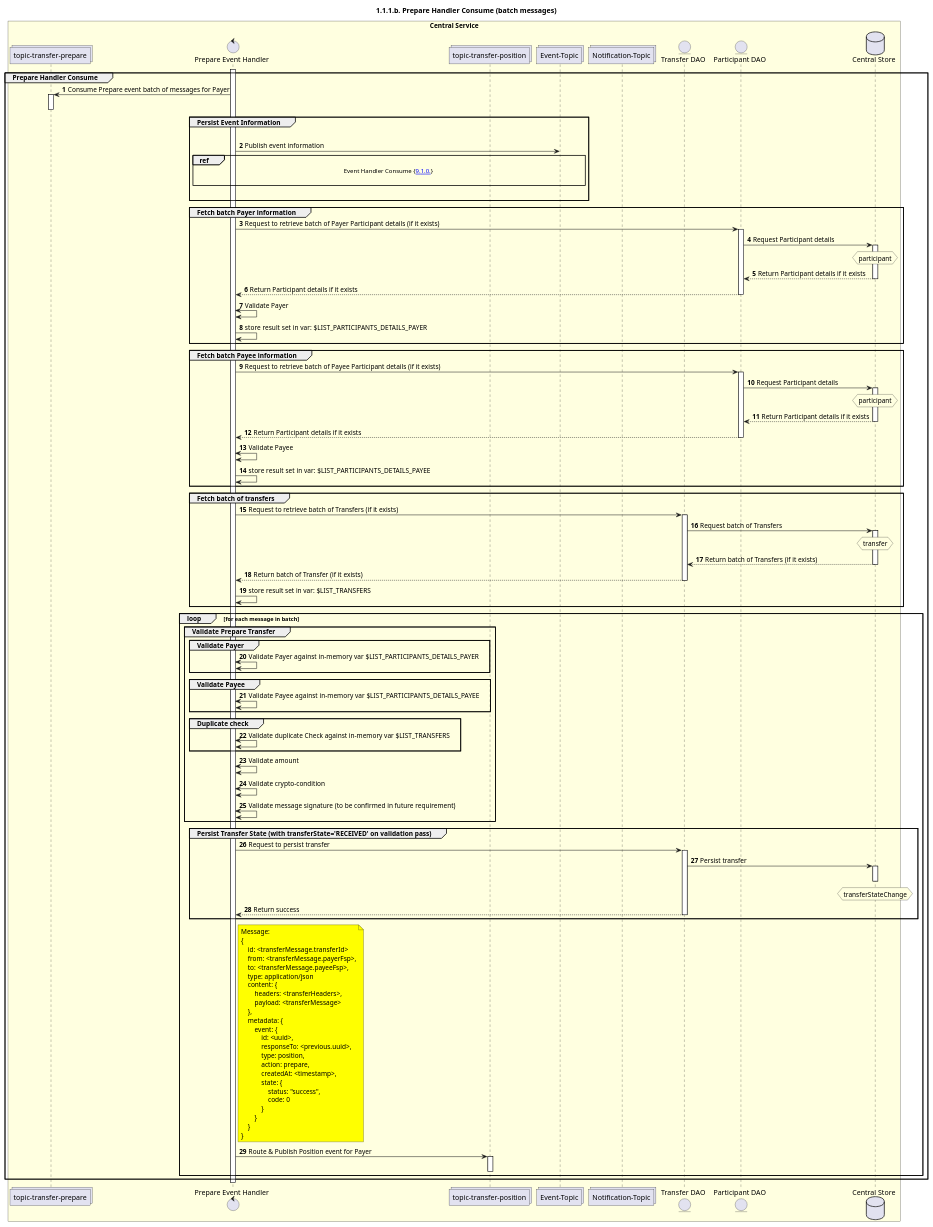
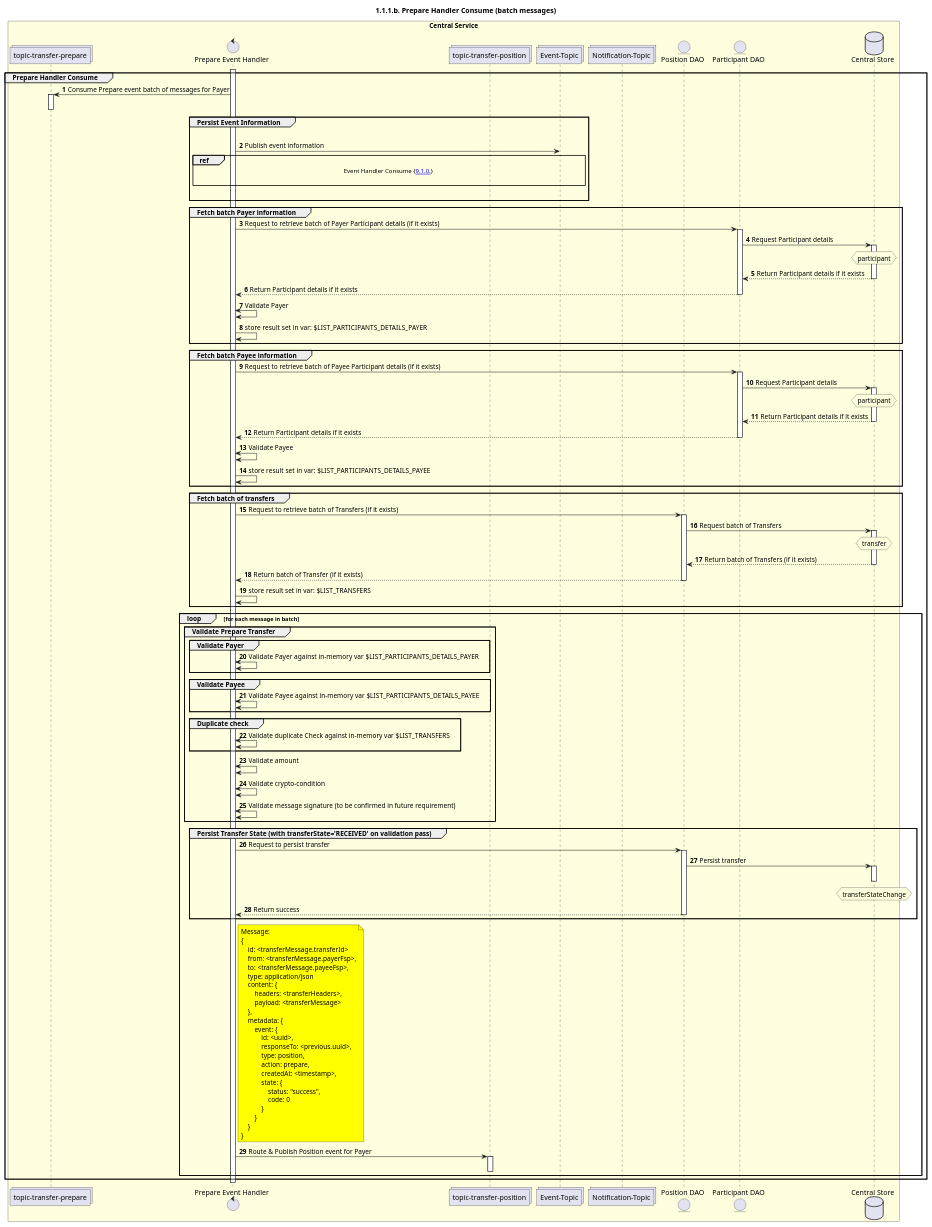
Before and after one commit to ggrg/docs: the diagram in Diagrams/SequenceDiagrams/seq-prepare-1.1.1.b.plantuml, drawn with PlantUML. The commit also changed 91 other files, not shown here.

```diff
--- a/Diagrams/SequenceDiagrams/seq-prepare-1.1.1.b.plantuml
+++ b/Diagrams/SequenceDiagrams/seq-prepare-1.1.1.b.plantuml
@@ -26,157 +26,157 @@
 @startuml
 ' declate title
 title 1.1.1.b. Prepare Handler Consume (batch messages)
 
 autonumber
 
 ' Actor Keys:
 '   boundary - APIs/Interfaces, etc
 '   collections - Kafka Topics
 '   control - Kafka Consumers
 '   entity - Database Access Objects
 '   database - Database Persistance Store
 
 ' declare actors
 collections "topic-transfer-prepare" as TOPIC_TRANSFER_PREPARE
 control "Prepare Event Handler" as PREP_HANDLER
 collections "topic-transfer-position" as TOPIC_TRANSFER_POSITION
 collections "Event-Topic" as TOPIC_EVENTS
 collections "Notification-Topic" as TOPIC_NOTIFICATIONS
-entity "Transfer DAO" as TRANS_DAO
+entity "Position DAO" as POS_DAO
 entity "Participant DAO" as PARTICIPANT_DAO
 database "Central Store" as DB
 
 box "Central Service" #LightYellow
     participant TOPIC_TRANSFER_PREPARE
     participant PREP_HANDLER
     participant TOPIC_TRANSFER_POSITION
     participant TOPIC_EVENTS
     participant TOPIC_NOTIFICATIONS
-    participant TRANS_DAO
+    participant POS_DAO
     participant PARTICIPANT_DAO
     participant DB
 end box
 
 ' start flow
 activate PREP_HANDLER
 group Prepare Handler Consume
     TOPIC_TRANSFER_PREPARE <- PREP_HANDLER: Consume Prepare event batch of messages for Payer
     activate TOPIC_TRANSFER_PREPARE
     deactivate TOPIC_TRANSFER_PREPARE
     group Persist Event Information
         |||
         PREP_HANDLER -> TOPIC_EVENTS: Publish event information
         ref over PREP_HANDLER, TOPIC_EVENTS :  Event Handler Consume {[[https://github.com/mojaloop/docs/blob/master/CentralServices/seq_diagrams/seq-event-9.1.0.svg 9.1.0.]]} \n
         |||
     end
 
     group Fetch batch Payer information
         PREP_HANDLER -> PARTICIPANT_DAO: Request to retrieve batch of Payer Participant details (if it exists)
         activate PARTICIPANT_DAO
         PARTICIPANT_DAO -> DB: Request Participant details
         hnote over DB #lightyellow
             participant
         end note
         activate DB
         PARTICIPANT_DAO <-- DB: Return Participant details if it exists
         deactivate DB
         PARTICIPANT_DAO --> PREP_HANDLER: Return Participant details if it exists
         deactivate PARTICIPANT_DAO
         PREP_HANDLER <-> PREP_HANDLER: Validate Payer
         PREP_HANDLER -> PREP_HANDLER: store result set in var: $LIST_PARTICIPANTS_DETAILS_PAYER
     end
 
     group Fetch batch Payee information
         PREP_HANDLER -> PARTICIPANT_DAO: Request to retrieve batch of Payee Participant details (if it exists)
         activate PARTICIPANT_DAO
         PARTICIPANT_DAO -> DB: Request Participant details
         hnote over DB #lightyellow
             participant
         end note
         activate DB
         PARTICIPANT_DAO <-- DB: Return Participant details if it exists
         deactivate DB
         PARTICIPANT_DAO --> PREP_HANDLER: Return Participant details if it exists
         deactivate PARTICIPANT_DAO
         PREP_HANDLER <-> PREP_HANDLER: Validate Payee
         PREP_HANDLER -> PREP_HANDLER: store result set in var: $LIST_PARTICIPANTS_DETAILS_PAYEE
     end
 
     group Fetch batch of transfers
-        PREP_HANDLER -> TRANS_DAO: Request to retrieve batch of Transfers (if it exists)
-        activate TRANS_DAO
-        TRANS_DAO -> DB: Request batch of Transfers
+        PREP_HANDLER -> POS_DAO: Request to retrieve batch of Transfers (if it exists)
+        activate POS_DAO
+        POS_DAO -> DB: Request batch of Transfers
         hnote over DB #lightyellow
             transfer
         end note
         activate DB
-        TRANS_DAO <-- DB: Return batch of Transfers (if it exists)
+        POS_DAO <-- DB: Return batch of Transfers (if it exists)
         deactivate DB
-        TRANS_DAO --> PREP_HANDLER: Return batch of Transfer (if it exists)
-        deactivate TRANS_DAO
+        POS_DAO --> PREP_HANDLER: Return batch of Transfer (if it exists)
+        deactivate POS_DAO
         PREP_HANDLER -> PREP_HANDLER: store result set in var: $LIST_TRANSFERS
     end
 
     loop for each message in batch
 
         group Validate Prepare Transfer
             group Validate Payer
                 PREP_HANDLER <-> PREP_HANDLER: Validate Payer against in-memory var $LIST_PARTICIPANTS_DETAILS_PAYER
             end
             group Validate Payee
                 PREP_HANDLER <-> PREP_HANDLER: Validate Payee against in-memory var $LIST_PARTICIPANTS_DETAILS_PAYEE
             end
             group Duplicate check
                 PREP_HANDLER <-> PREP_HANDLER: Validate duplicate Check against in-memory var $LIST_TRANSFERS
             end
             PREP_HANDLER <-> PREP_HANDLER: Validate amount
             PREP_HANDLER <-> PREP_HANDLER: Validate crypto-condition
             PREP_HANDLER <-> PREP_HANDLER: Validate message signature (to be confirmed in future requirement)
         end
 
         group Persist Transfer State (with transferState='RECEIVED' on validation pass)
-            PREP_HANDLER -> TRANS_DAO: Request to persist transfer
-            activate TRANS_DAO
-            TRANS_DAO -> DB: Persist transfer
+            PREP_HANDLER -> POS_DAO: Request to persist transfer
+            activate POS_DAO
+            POS_DAO -> DB: Persist transfer
             hnote over DB #lightyellow
                 transferStateChange
             end note
             activate DB
             deactivate DB
-            TRANS_DAO --> PREP_HANDLER: Return success
-            deactivate TRANS_DAO
+            POS_DAO --> PREP_HANDLER: Return success
+            deactivate POS_DAO
         end
 
         note right of PREP_HANDLER #yellow
             Message:
             {
                 id: <transferMessage.transferId>
                 from: <transferMessage.payerFsp>,
                 to: <transferMessage.payeeFsp>,
                 type: application/json
                 content: {
                     headers: <transferHeaders>,
                     payload: <transferMessage>
                 },
                 metadata: {
                     event: {
                         id: <uuid>,
                         responseTo: <previous.uuid>,
                         type: position,
                         action: prepare,
                         createdAt: <timestamp>,
                         state: {
                             status: "success",
                             code: 0
                         }
                     }
                 }
             }
         end note
         PREP_HANDLER -> TOPIC_TRANSFER_POSITION: Route & Publish Position event for Payer
         activate TOPIC_TRANSFER_POSITION
         deactivate TOPIC_TRANSFER_POSITION
     end
 end
 deactivate PREP_HANDLER
 @enduml
```
